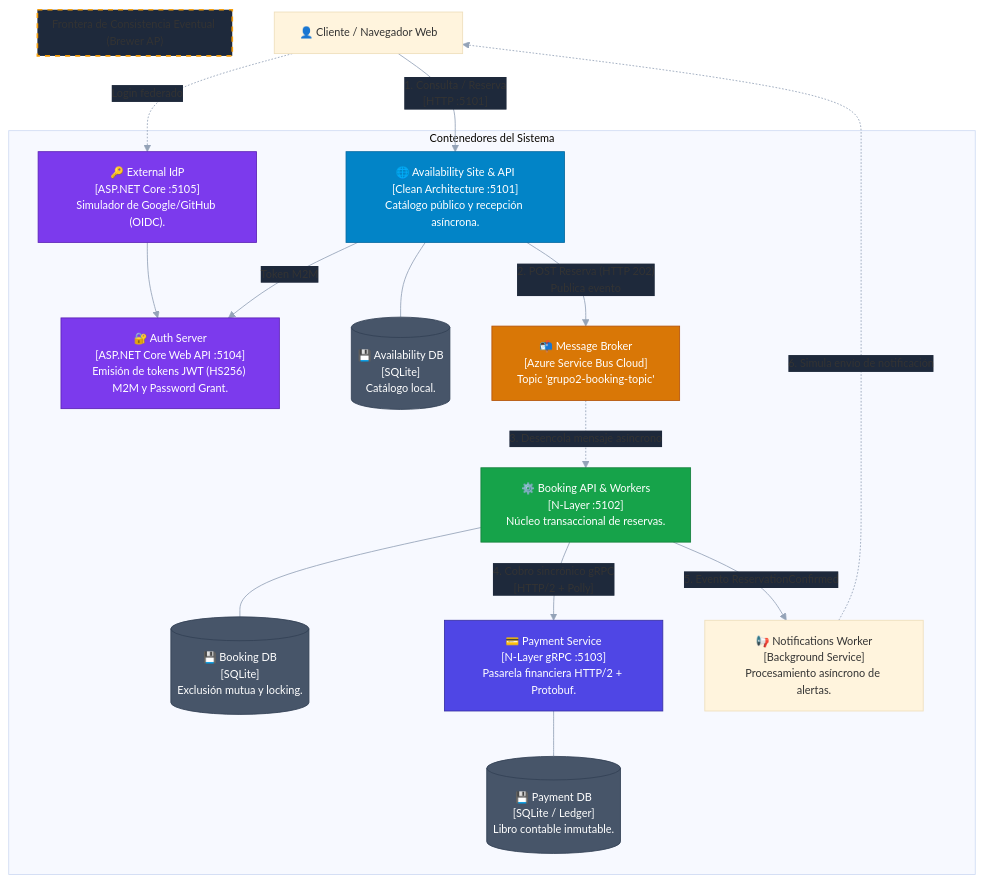
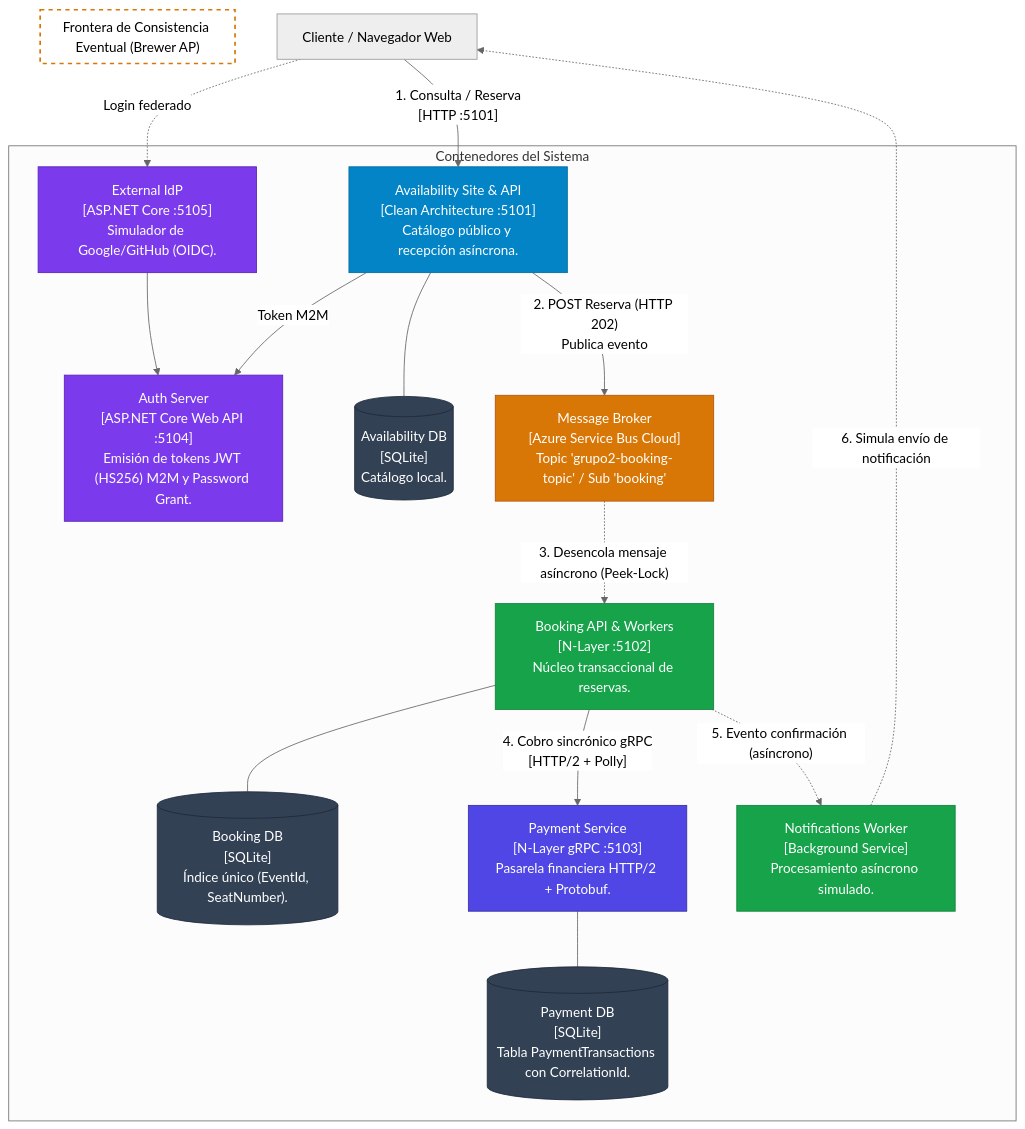
Before and after one commit to arza-developer/tp-distribuidos-grupo2-asientos: the diagram in docs/c4/02_containers.md, drawn with Mermaid. The commit also changed 11 other files, not shown here.

Commit message:
docs: corregir contraste neutral mermaid, eliminar inconsistencias y sincronizar e2e

````diff
--- a/docs/c4/02_containers.md
+++ b/docs/c4/02_containers.md
@@ -7,67 +7,52 @@
 ```mermaid
-%%{init: {
-  'theme': 'base',
-  'themeVariables': {
-    'fontSize': '13px',
-    'fontFamily': 'Segoe UI, Helvetica, sans-serif',
-    'textColor': '#f8fafc',
-    'lineColor': '#94a3b8',
-    'edgeLabelBackground': '#1e293b'
-  }
-}}%%
+%%{init: {'theme': 'neutral'}}%%
 flowchart TB
-    User["👤 Cliente / Navegador Web"]
+    User["Cliente / Navegador Web"]
 
     subgraph CoreContainers["Contenedores del Sistema"]
-        AuthServer["🔐 Auth Server\n[ASP.NET Core Web API :5104]\nEmisión de tokens JWT (HS256) M2M y Password Grant."]
-        ExtIdP["🔑 External IdP\n[ASP.NET Core :5105]\nSimulador de Google/GitHub (OIDC)."]
-
-        AvailApp["🌐 Availability Site & API\n[Clean Architecture :5101]\nCatálogo público y recepción asíncrona."]
-        AvailDb[("💾 Availability DB\n[SQLite]\nCatálogo local.")]
-
-        Broker["📬 Message Broker\n[Azure Service Bus Cloud]\nTopic 'grupo2-booking-topic'"]
-
-        BookingApp["⚙️ Booking API & Workers\n[N-Layer :5102]\nNúcleo transaccional de reservas."]
-        BookingDb[("💾 Booking DB\n[SQLite]\nExclusión mutua y locking.")]
-
-        PaymentApp["💳 Payment Service\n[N-Layer gRPC :5103]\nPasarela financiera HTTP/2 + Protobuf."]
-        PaymentDb[("💾 Payment DB\n[SQLite / Ledger]\nLibro contable inmutable.")]
-
-        NotifWorker["📢 Notifications Worker\n[Background Service]\nProcesamiento asíncrono de alertas."]
+        AuthServer["Auth Server\n[ASP.NET Core Web API :5104]\nEmisión de tokens JWT (HS256) M2M y Password Grant."]
+        ExtIdP["External IdP\n[ASP.NET Core :5105]\nSimulador de Google/GitHub (OIDC)."]
+        AvailApp["Availability Site & API\n[Clean Architecture :5101]\nCatálogo público y recepción asíncrona."]
+        AvailDb[("Availability DB\n[SQLite]\nCatálogo local.")]
+        Broker["Message Broker\n[Azure Service Bus Cloud]\nTopic 'grupo2-booking-topic' / Sub 'booking'"]
+        BookingApp["Booking API & Workers\n[N-Layer :5102]\nNúcleo transaccional de reservas."]
+        BookingDb[("Booking DB\n[SQLite]\nÍndice único (EventId, SeatNumber).")]
+        PaymentApp["Payment Service\n[N-Layer gRPC :5103]\nPasarela financiera HTTP/2 + Protobuf."]
+        PaymentDb[("Payment DB\n[SQLite]\nTabla PaymentTransactions con CorrelationId.")]
+        NotifWorker["Notifications Worker\n[Background Service]\nProcesamiento asíncrono simulado."]
     end
 
     User -->|"1. Consulta / Reserva\n[HTTP :5101]"| AvailApp
     User -.->|"Login federado"| ExtIdP
     ExtIdP --> AuthServer
     AvailApp -->|"Token M2M"| AuthServer
     AvailApp --- AvailDb
+    AvailApp -->|"2. POST Reserva (HTTP 202)\nPublica evento"| Broker
 
-    AvailApp -->|"2. POST Reserva (HTTP 202)\nPublica evento"| Broker
-    
     subgraph AP_Boundary["Frontera de Consistencia Eventual (Brewer AP)"]
-        Broker -.->|"3. Desencola mensaje asíncrono"| BookingApp
+        Broker -.->|"3. Desencola mensaje asíncrono (Peek-Lock)"| BookingApp
     end
 
     BookingApp --- BookingDb
     BookingApp -->|"4. Cobro sincrónico gRPC\n[HTTP/2 + Polly]"| PaymentApp
     PaymentApp --- PaymentDb
-
-    BookingApp -->|"5. Evento ReservationConfirmed"| NotifWorker
+    BookingApp -.->|"5. Evento confirmación (asíncrono)"| NotifWorker
     NotifWorker -.->|"6. Simula envío de notificación"| User
 
-    classDef web fill:#0284c7,stroke:#0369a1,color:#fff;
-    classDef srv fill:#16a34a,stroke:#15803d,color:#fff;
-    classDef grpc fill:#4f46e5,stroke:#3730a3,color:#fff;
-    classDef db fill:#475569,stroke:#334155,color:#fff;
-    classDef broker fill:#d97706,stroke:#b45309,color:#fff;
-    classDef auth fill:#7c3aed,stroke:#5b21b6,color:#fff;
+    classDef web fill:#0284c7,stroke:#0369a1,color:#ffffff;
+    classDef srv fill:#16a34a,stroke:#15803d,color:#ffffff;
+    classDef grpc fill:#4f46e5,stroke:#3730a3,color:#ffffff;
+    classDef db fill:#334155,stroke:#1e293b,color:#ffffff;
+    classDef broker fill:#d97706,stroke:#b45309,color:#ffffff;
+    classDef auth fill:#7c3aed,stroke:#5b21b6,color:#ffffff;
 
     class AvailApp web;
     class BookingApp srv;
     class PaymentApp grpc;
     class AvailDb,BookingDb,PaymentDb db;
     class Broker broker;
     class AuthServer,ExtIdP auth;
+    class NotifWorker srv;
 
-    style AP_Boundary fill:#1e293b,stroke:#f59e0b,stroke-width:2px,stroke-dasharray: 6 6;
+    style AP_Boundary fill:none,stroke:#d97706,stroke-width:2px,stroke-dasharray: 5 5;
 ```
````
